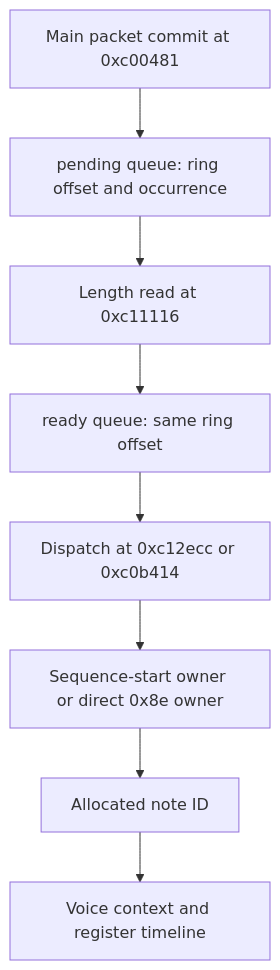
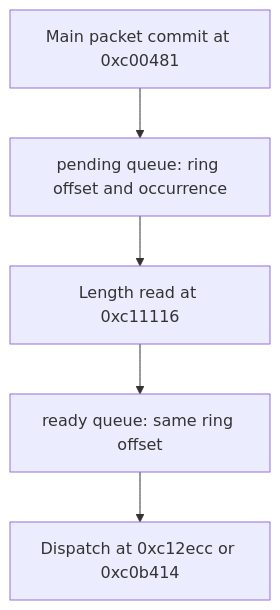
The diagram in docs/site/developer/runtime/audio/tracing.md (ansxor/f3-recomp), drawn with Mermaid before and after one commit. The commit also changed other lines of this file and 126 other files, not shown here.

````diff
--- a/docs/site/developer/runtime/audio/tracing.md
+++ b/docs/site/developer/runtime/audio/tracing.md
@@ -165,10 +130,7 @@
 ```mermaid
 flowchart TD
     A["Main packet commit at 0xc00481"] --> B["pending queue: ring offset and occurrence"]
     B --> C["Length read at 0xc11116"]
     C --> D["ready queue: same ring offset"]
     D --> E["Dispatch at 0xc12ecc or 0xc0b414"]
-    E --> F["Sequence-start owner or direct 0x8e owner"]
-    F --> G["Allocated note ID"]
-    G --> H["Voice context and register timeline"]
 ```
````
